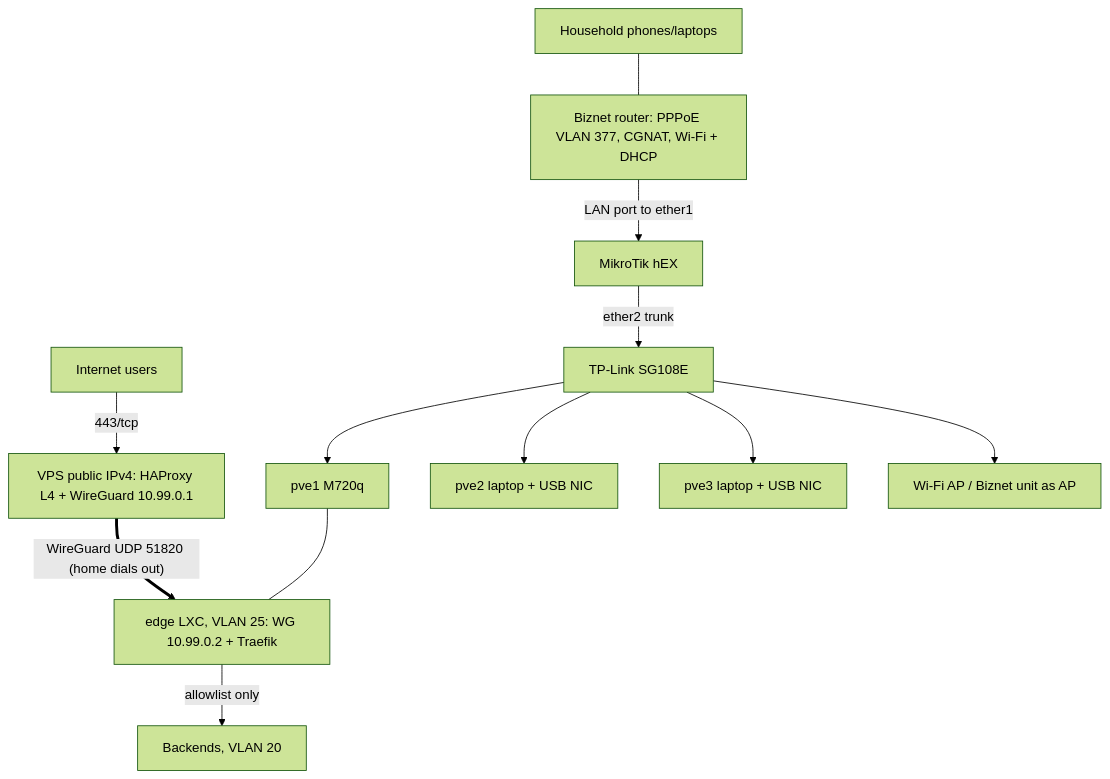
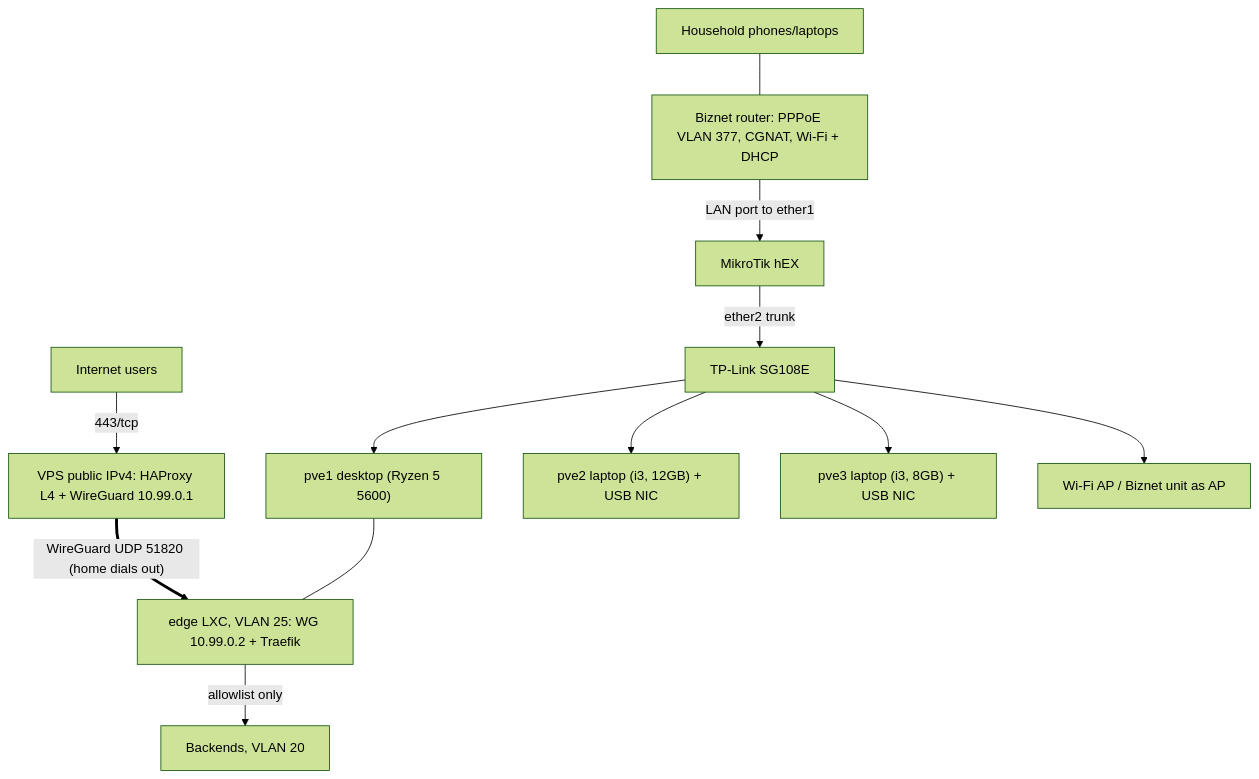
One commit to benebobaa/my-home-server changed the diagram in docs/design/network-design.md. Above: the diagram before and after it, drawn with Mermaid (forest theme). The commit also changed other lines of this file and 1 other file, not shown here.

Commit message:
docs: final hardware plan — desktop PC becomes pve1; Asus 12GB/8GB laptops are pve2/pve3

````diff
--- a/docs/design/network-design.md
+++ b/docs/design/network-design.md
@@ -14,14 +14,14 @@
 ```mermaid
 flowchart TB
   U["Internet users"] -->|"443/tcp"| V["VPS public IPv4: HAProxy L4 + WireGuard 10.99.0.1"]
   V ==>|"WireGuard UDP 51820 (home dials out)"| E["edge LXC, VLAN 25: WG 10.99.0.2 + Traefik"]
   FAM["Household phones/laptops"] --- BR["Biznet router: PPPoE VLAN 377, CGNAT, Wi-Fi + DHCP"]
   BR -->|"LAN port to ether1"| H["MikroTik hEX"]
   H -->|"ether2 trunk"| S["TP-Link SG108E"]
-  S --> N1["pve1 M720q"]
-  S --> N2["pve2 laptop + USB NIC"]
-  S --> N3["pve3 laptop + USB NIC"]
+  S --> N1["pve1 desktop (Ryzen 5 5600)"]
+  S --> N2["pve2 laptop (i3, 12GB) + USB NIC"]
+  S --> N3["pve3 laptop (i3, 8GB) + USB NIC"]
   S --> AP["Wi-Fi AP / Biznet unit as AP"]
   N1 --- E
   E -->|"allowlist only"| B["Backends, VLAN 20"]
 ```
````
